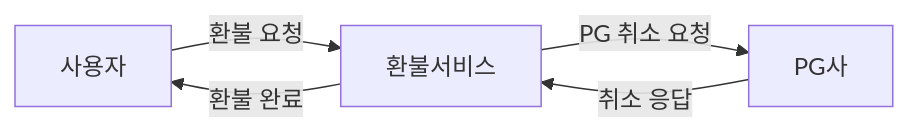
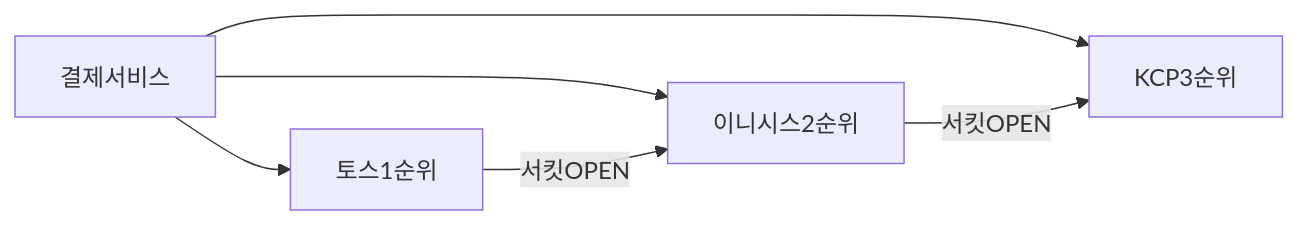
The third of 4 diagrams in _posts/systemdesign/2026-05-03-system-design-payment.md (yjkim2015/yjkim2015.github.io), drawn with Mermaid before and after one commit. The commit also changed other lines of this file and 4 other files, not shown here.

````diff
--- a/_posts/systemdesign/2026-05-03-system-design-payment.md
+++ b/_posts/systemdesign/2026-05-03-system-design-payment.md
@@ -473,7 +1121,8 @@
 ```mermaid
 graph LR
-    A[사용자] -->|환불 요청| B[환불서비스]
-    B -->|PG 취소 요청| C[PG사]
-    C -->|취소 응답| B
-    B -->|환불 완료| A
+    A[결제서비스] --> B[토스1순위]
+    A --> C[이니시스2순위]
+    A --> D[KCP3순위]
+    B -->|서킷OPEN| C
+    C -->|서킷OPEN| D
 ```
````
